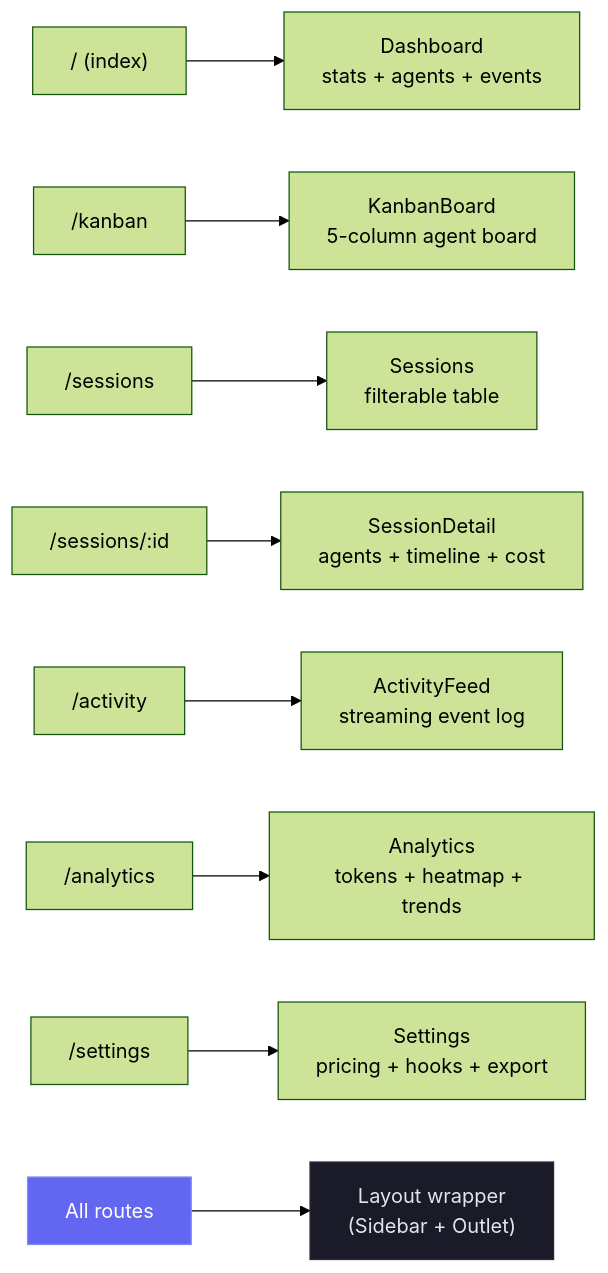
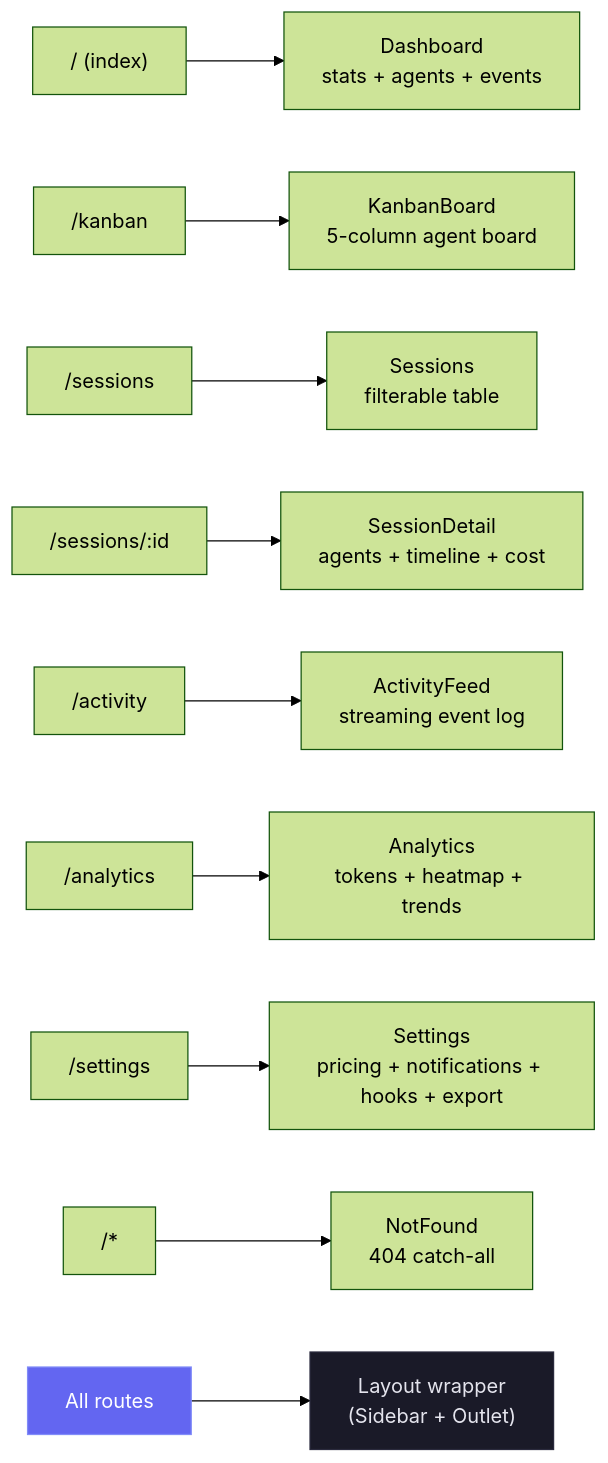
Before and after one commit to mirkanu/gsd-dashboard: the ninth of 11 diagrams in README.md, drawn with Mermaid (forest theme). The commit also changed other lines of this file and 1 other file, not shown here.

First line of the commit message:
docs: add notifications coverage, ToC, and missing features to README and ARCHITECTURE

````diff
--- a/README.md
+++ b/README.md
@@ -502,15 +567,16 @@
 ```mermaid
 graph LR
     ROOT["/ (index)"] --> DASH["Dashboard<br/>stats + agents + events"]
     K["/kanban"] --> KANBAN["KanbanBoard<br/>5-column agent board"]
     S["/sessions"] --> SESS["Sessions<br/>filterable table"]
     D["/sessions/:id"] --> DETAIL["SessionDetail<br/>agents + timeline + cost"]
     A["/activity"] --> ACT["ActivityFeed<br/>streaming event log"]
     AN["/analytics"] --> ANALYTICS["Analytics<br/>tokens + heatmap + trends"]
-    ST["/settings"] --> SETTINGS["Settings<br/>pricing + hooks + export"]
+    ST["/settings"] --> SETTINGS["Settings<br/>pricing + notifications + hooks + export"]
+    NF["/*"] --> NOTFOUND["NotFound<br/>404 catch-all"]
 
     ALL["All routes"] --> LAYOUT["Layout wrapper<br/>(Sidebar + Outlet)"]
 
     style ALL fill:#6366f1,stroke:#818cf8,color:#fff
     style LAYOUT fill:#1a1a28,stroke:#2a2a3d,color:#e4e4ed
 ```
````
